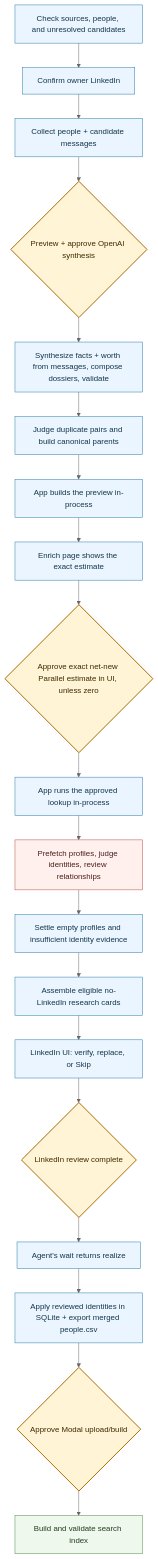
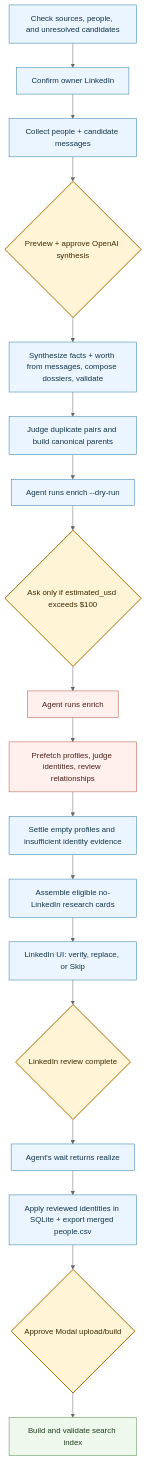
One commit to powerset-co/powerpacks changed the diagram in packs/ingestion/docs/deep-context-pipeline.md. Above: the diagram before and after it, drawn with Mermaid (neutral theme). The commit also changed other lines of this file and 47 other files, not shown here.

First line of the commit message:
feat(deep-context): the agent runs enrichment with one command

````diff
--- a/packs/ingestion/docs/deep-context-pipeline.md
+++ b/packs/ingestion/docs/deep-context-pipeline.md
@@ -75,30 +77,29 @@
 ```mermaid
 flowchart TD
     A["Check sources, people, and unresolved candidates"] --> B["Confirm owner LinkedIn"]
     B --> D["Collect people + candidate messages"]
     D --> E{"Preview + approve OpenAI synthesis"}
     E --> F["Synthesize facts + worth from messages, compose dossiers, validate"]
     F --> G["Judge duplicate pairs and build canonical parents"]
-    G --> K1["App builds the preview in-process"]
-    K1 --> L["Enrich page shows the exact estimate"]
-    L --> M{"Approve exact net-new Parallel estimate in UI, unless zero"}
-    M --> M1["App runs the approved lookup in-process"]
+    G --> K1["Agent runs enrich --dry-run"]
+    K1 --> M{"Ask only if estimated_usd exceeds $100"}
+    M --> M1["Agent runs enrich"]
     M1 --> N["Prefetch profiles, judge identities, review relationships"]
     N --> S["Settle empty profiles and insufficient identity evidence"]
     S --> O["Assemble eligible no-LinkedIn research cards"]
     O --> Q["LinkedIn UI: verify, replace, or Skip"]
     Q --> R{"LinkedIn review complete"}
     R --> R1["Agent's wait returns realize"]
     R1 --> T["Apply reviewed identities in SQLite + export merged people.csv"]
     T --> U{"Approve Modal upload/build"}
     U --> V["Build and validate search index"]
 
     classDef gate fill:#fff4d6,stroke:#a66b00,color:#3d2a00,stroke-width:2px;
     classDef local fill:#eaf5ff,stroke:#2878a8,color:#14364a;
     classDef cloud fill:#fff0ee,stroke:#b54c3d,color:#4a1f19;
     classDef output fill:#eef8ed,stroke:#4f8a49,color:#233f20;
     class E,M,R,U gate;
-    class A,B,D,F,G,K1,L,M1,S,O,Q,R1,T local;
-    class N cloud;
+    class A,B,D,F,G,K1,S,O,Q,R1,T local;
+    class M1,N cloud;
     class V output;
 ```
````
